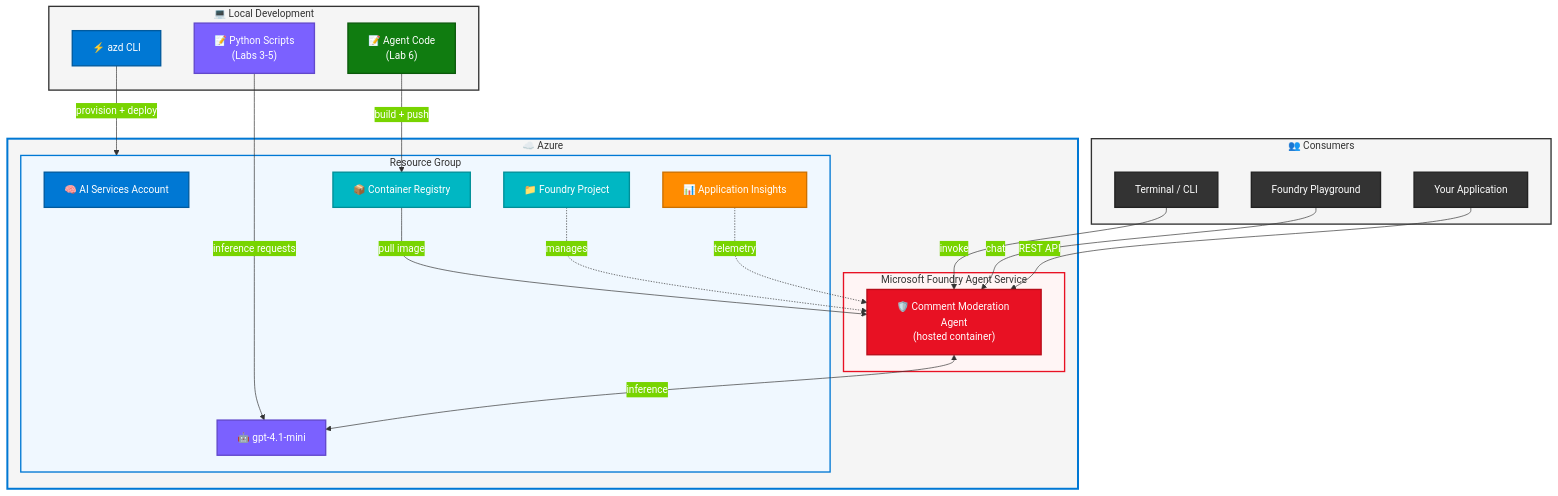
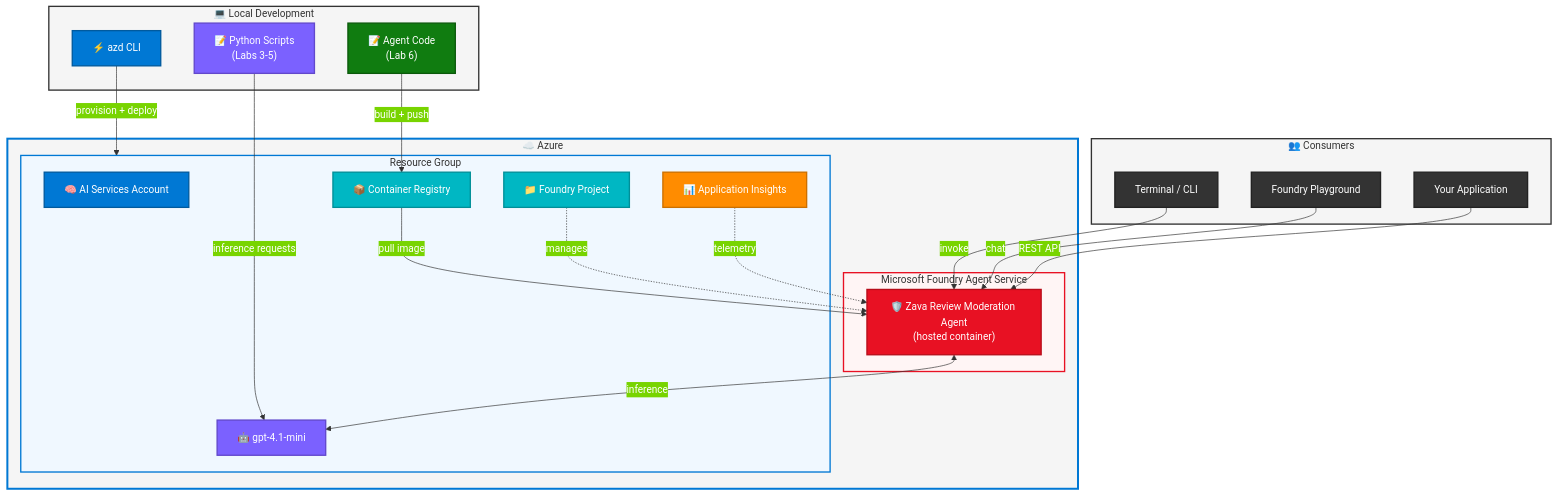
One commit to microsoft/Build26-LAB520-get-started-with-models-in-microsoft-foundry-to-build-ai-apps changed the second of 2 diagrams in docs/lab7-summary.md. Above: the diagram before and after it, drawn with Mermaid. The commit also changed other lines of this file and 14 other files, not shown here.

````diff
--- a/docs/lab7-summary.md
+++ b/docs/lab7-summary.md
@@ -162,59 +162,59 @@
 ```mermaid
 %%{init: {'theme': 'base', 'themeVariables': {'primaryColor': '#0078D4', 'primaryTextColor': '#FFFFFF', 'primaryBorderColor': '#005A9E', 'lineColor': '#333333', 'fontSize': '15px', 'fontFamily': 'Segoe UI, sans-serif'}}}%%
 flowchart TB
     subgraph LOCAL["💻 Local Development"]
         SCRIPTS["📝 Python Scripts\n(Labs 3-5)"]
         AGENT_CODE["📝 Agent Code\n(Lab 6)"]
         AZD["⚡ azd CLI"]
     end
 
     subgraph AZURE["☁️ Azure"]
         subgraph RG["Resource Group"]
             AI["🧠 AI Services Account"]
             MODEL["🤖 gpt-4.1-mini"]
             PROJECT["📁 Foundry Project"]
             ACR["📦 Container Registry"]
             MONITOR["📊 Application Insights"]
         end
 
         subgraph FOUNDRY["Microsoft Foundry Agent Service"]
-            HOSTED["🛡️ Comment Moderation Agent\n(hosted container)"]
+            HOSTED["🛡️ Zava Review Moderation Agent\n(hosted container)"]
         end
     end
 
     subgraph CONSUMERS["👥 Consumers"]
         CLI["Terminal / CLI"]
         PLAYGROUND["Foundry Playground"]
         APP["Your Application"]
     end
 
     SCRIPTS -->|"inference requests"| MODEL
     AZD -->|"provision + deploy"| RG
     AGENT_CODE -->|"build + push"| ACR
     ACR -->|"pull image"| HOSTED
     HOSTED <-->|"inference"| MODEL
     PROJECT -.->|"manages"| HOSTED
     MONITOR -.->|"telemetry"| HOSTED
 
     CLI -->|"invoke"| HOSTED
     PLAYGROUND -->|"chat"| HOSTED
     APP -->|"REST API"| HOSTED
 
     style SCRIPTS fill:#7B61FF,stroke:#6248CC,color:#FFFFFF,stroke-width:2px
     style AGENT_CODE fill:#107C10,stroke:#0B5A0B,color:#FFFFFF,stroke-width:2px
     style AZD fill:#0078D4,stroke:#005A9E,color:#FFFFFF,stroke-width:2px
     style AI fill:#0078D4,stroke:#005A9E,color:#FFFFFF,stroke-width:2px
     style MODEL fill:#7B61FF,stroke:#6248CC,color:#FFFFFF,stroke-width:2px
     style PROJECT fill:#00B7C3,stroke:#008F98,color:#FFFFFF,stroke-width:2px
     style ACR fill:#00B7C3,stroke:#008F98,color:#FFFFFF,stroke-width:2px
     style MONITOR fill:#FF8C00,stroke:#CC7000,color:#FFFFFF,stroke-width:2px
     style HOSTED fill:#E81123,stroke:#B80D1A,color:#FFFFFF,stroke-width:2px
     style CLI fill:#333333,stroke:#222222,color:#FFFFFF,stroke-width:2px
     style PLAYGROUND fill:#333333,stroke:#222222,color:#FFFFFF,stroke-width:2px
     style APP fill:#333333,stroke:#222222,color:#FFFFFF,stroke-width:2px
     style LOCAL fill:#F5F5F5,stroke:#333333,color:#333333,stroke-width:2px
     style RG fill:#F0F8FF,stroke:#0078D4,color:#333333,stroke-width:2px
     style FOUNDRY fill:#FFF5F5,stroke:#E81123,color:#333333,stroke-width:2px
     style AZURE fill:#F5F5F5,stroke:#0078D4,color:#333333,stroke-width:3px
     style CONSUMERS fill:#F5F5F5,stroke:#333333,color:#333333,stroke-width:2px
 ```
````
